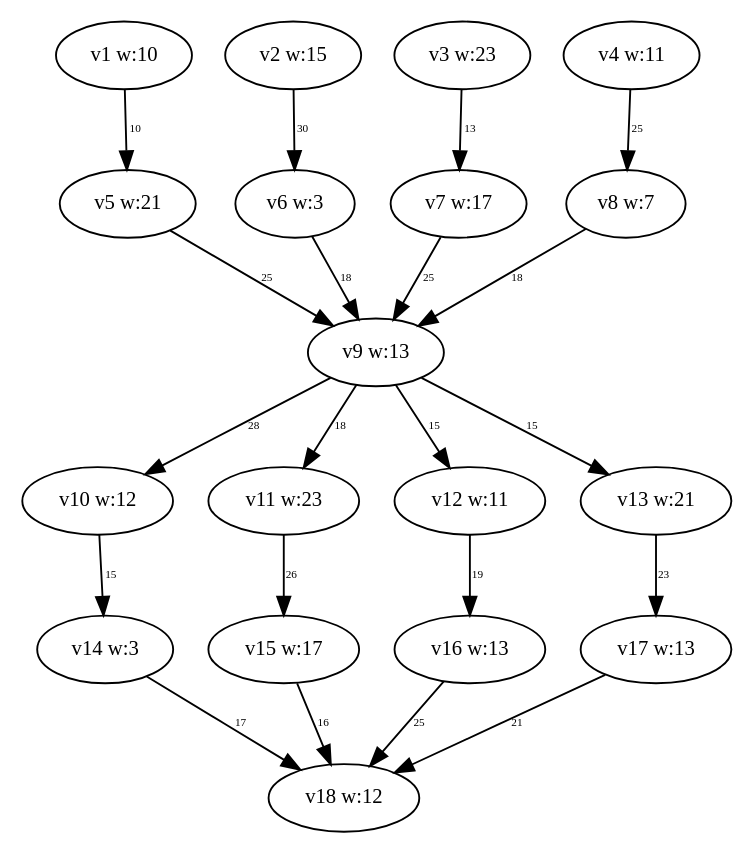
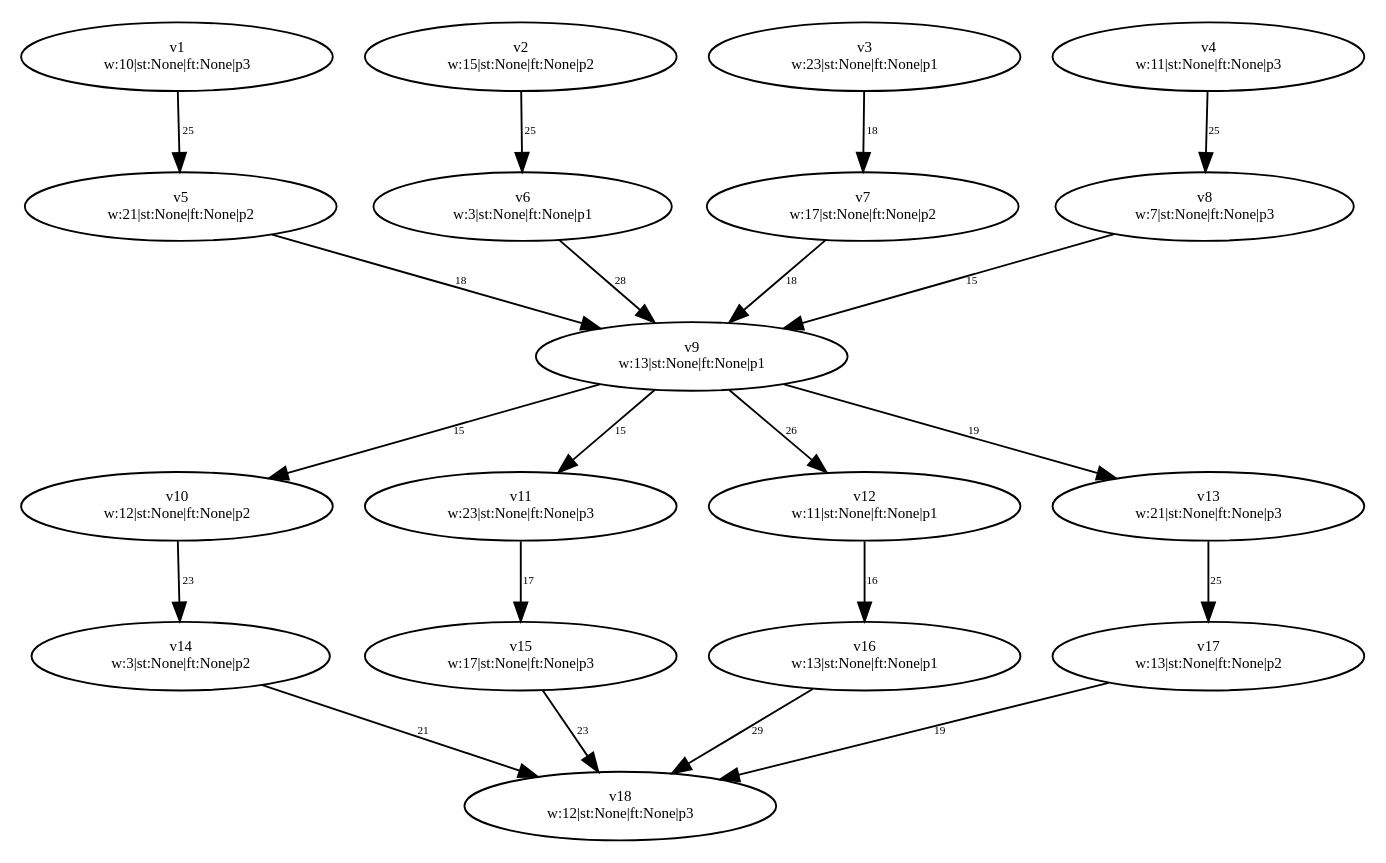
Before and after one commit to dexters1/Task-Scheduling-Based-on-Genetic-Algorithms: the diagram in PythonApplication1/PythonApplication1/test-output/slika_8.gv, drawn with Graphviz. The commit also changed 51 other files, not shown here.

```diff
--- a/PythonApplication1/PythonApplication1/test-output/slika_8.gv
+++ b/PythonApplication1/PythonApplication1/test-output/slika_8.gv
@@ -1,40 +1,58 @@
 digraph {
-	v1 [label="v1 w:10" fontsize=11.0]
-	v2 [label="v2 w:15" fontsize=11.0]
-	v3 [label="v3 w:23" fontsize=11.0]
-	v4 [label="v4 w:11" fontsize=11.0]
-	v5 [label="v5 w:21" fontsize=11.0]
-	v6 [label="v6 w:3" fontsize=11.0]
-	v7 [label="v7 w:17" fontsize=11.0]
-	v8 [label="v8 w:7" fontsize=11.0]
-	v9 [label="v9 w:13" fontsize=11.0]
-	v10 [label="v10 w:12" fontsize=11.0]
-	v11 [label="v11 w:23" fontsize=11.0]
-	v12 [label="v12 w:11" fontsize=11.0]
-	v13 [label="v13 w:21" fontsize=11.0]
-	v14 [label="v14 w:3" fontsize=11.0]
-	v15 [label="v15 w:17" fontsize=11.0]
-	v16 [label="v16 w:13" fontsize=11.0]
-	v17 [label="v17 w:13" fontsize=11.0]
-	v18 [label="v18 w:12" fontsize=11.0]
-	v1 -> v5 [label=10 constraint=true fontsize=6.0]
-	v2 -> v6 [label=30 constraint=true fontsize=6.0]
-	v3 -> v7 [label=13 constraint=true fontsize=6.0]
+	v1 [label="v1
+w:10|st:None|ft:None|p3" fontsize=8.0]
+	v2 [label="v2
+w:15|st:None|ft:None|p2" fontsize=8.0]
+	v3 [label="v3
+w:23|st:None|ft:None|p1" fontsize=8.0]
+	v4 [label="v4
+w:11|st:None|ft:None|p3" fontsize=8.0]
+	v5 [label="v5
+w:21|st:None|ft:None|p2" fontsize=8.0]
+	v6 [label="v6
+w:3|st:None|ft:None|p1" fontsize=8.0]
+	v7 [label="v7
+w:17|st:None|ft:None|p2" fontsize=8.0]
+	v8 [label="v8
+w:7|st:None|ft:None|p3" fontsize=8.0]
+	v9 [label="v9
+w:13|st:None|ft:None|p1" fontsize=8.0]
+	v10 [label="v10
+w:12|st:None|ft:None|p2" fontsize=8.0]
+	v11 [label="v11
+w:23|st:None|ft:None|p3" fontsize=8.0]
+	v12 [label="v12
+w:11|st:None|ft:None|p1" fontsize=8.0]
+	v13 [label="v13
+w:21|st:None|ft:None|p3" fontsize=8.0]
+	v14 [label="v14
+w:3|st:None|ft:None|p2" fontsize=8.0]
+	v15 [label="v15
+w:17|st:None|ft:None|p3" fontsize=8.0]
+	v16 [label="v16
+w:13|st:None|ft:None|p1" fontsize=8.0]
+	v17 [label="v17
+w:13|st:None|ft:None|p2" fontsize=8.0]
+	v18 [label="v18
+w:12|st:None|ft:None|p3" fontsize=8.0]
+	v1 -> v5 [label=25 constraint=true fontsize=6.0]
+	v2 -> v6 [label=25 constraint=true fontsize=6.0]
+	v3 -> v7 [label=18 constraint=true fontsize=6.0]
 	v4 -> v8 [label=25 constraint=true fontsize=6.0]
-	v5 -> v9 [label=25 constraint=true fontsize=6.0]
-	v6 -> v9 [label=18 constraint=true fontsize=6.0]
-	v7 -> v9 [label=25 constraint=true fontsize=6.0]
-	v8 -> v9 [label=18 constraint=true fontsize=6.0]
-	v9 -> v10 [label=28 constraint=true fontsize=6.0]
-	v9 -> v11 [label=18 constraint=true fontsize=6.0]
-	v9 -> v12 [label=15 constraint=true fontsize=6.0]
-	v9 -> v13 [label=15 constraint=true fontsize=6.0]
-	v10 -> v14 [label=15 constraint=true fontsize=6.0]
-	v11 -> v15 [label=26 constraint=true fontsize=6.0]
-	v12 -> v16 [label=19 constraint=true fontsize=6.0]
-	v13 -> v17 [label=23 constraint=true fontsize=6.0]
-	v14 -> v18 [label=17 constraint=true fontsize=6.0]
-	v15 -> v18 [label=16 constraint=true fontsize=6.0]
-	v16 -> v18 [label=25 constraint=true fontsize=6.0]
-	v17 -> v18 [label=21 constraint=true fontsize=6.0]
+	v5 -> v9 [label=18 constraint=true fontsize=6.0]
+	v6 -> v9 [label=28 constraint=true fontsize=6.0]
+	v7 -> v9 [label=18 constraint=true fontsize=6.0]
+	v8 -> v9 [label=15 constraint=true fontsize=6.0]
+	v9 -> v10 [label=15 constraint=true fontsize=6.0]
+	v9 -> v11 [label=15 constraint=true fontsize=6.0]
+	v9 -> v12 [label=26 constraint=true fontsize=6.0]
+	v9 -> v13 [label=19 constraint=true fontsize=6.0]
+	v10 -> v14 [label=23 constraint=true fontsize=6.0]
+	v11 -> v15 [label=17 constraint=true fontsize=6.0]
+	v12 -> v16 [label=16 constraint=true fontsize=6.0]
+	v13 -> v17 [label=25 constraint=true fontsize=6.0]
+	v14 -> v18 [label=21 constraint=true fontsize=6.0]
+	v15 -> v18 [label=23 constraint=true fontsize=6.0]
+	v16 -> v18 [label=29 constraint=true fontsize=6.0]
+	v17 -> v18 [label=19 constraint=true fontsize=6.0]
 }
```
